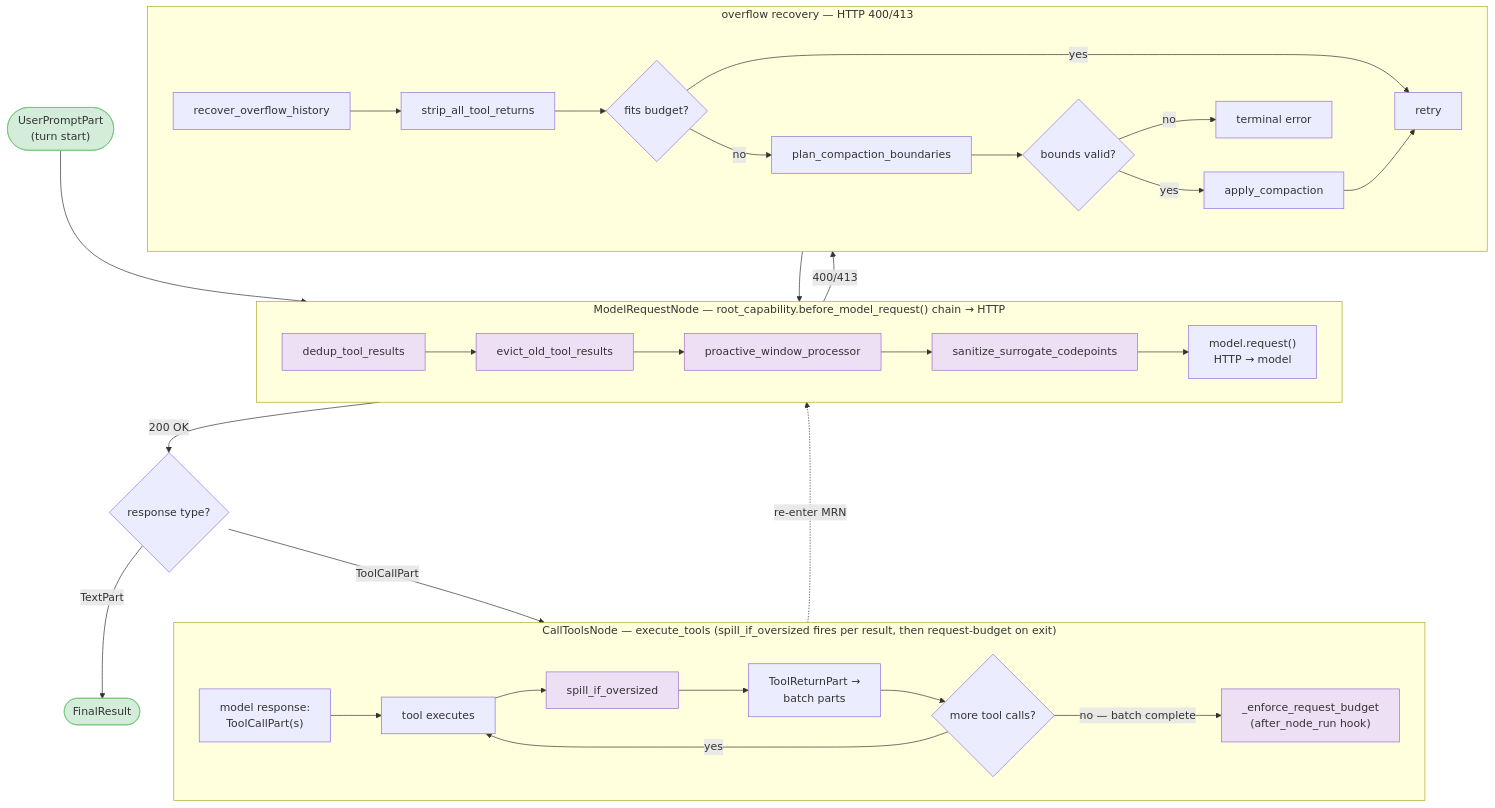
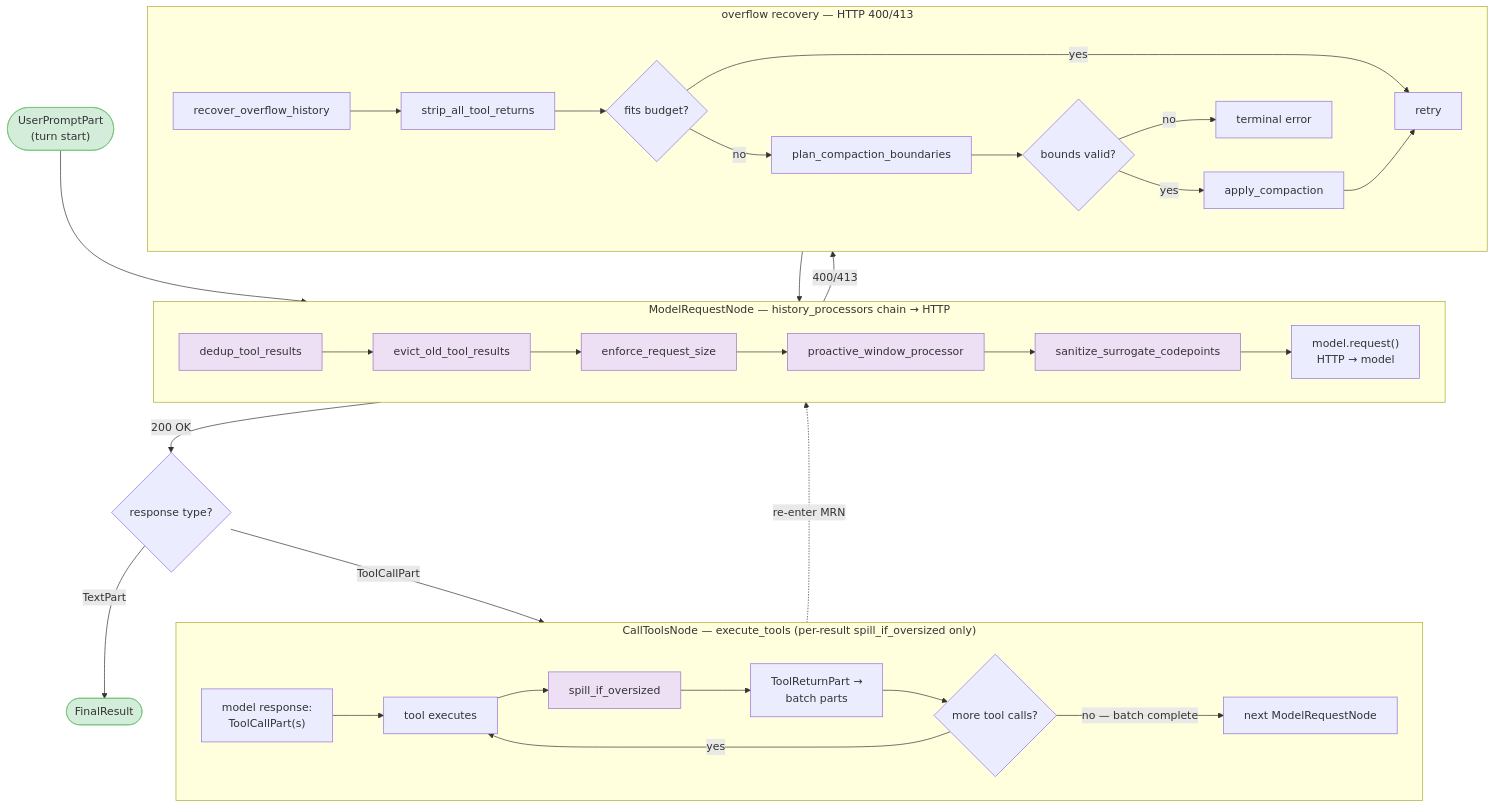
One commit to binlecode/co-cli changed the first of 2 diagrams in docs/specs/compaction.md. Above: the diagram before and after it, drawn with Mermaid. The commit also changed other lines of this file and 24 other files, not shown here.

````diff
--- a/docs/specs/compaction.md
+++ b/docs/specs/compaction.md
@@ -35,41 +35,41 @@
 ```mermaid
 flowchart TD
     UPN(["UserPromptPart\n(turn start)"])
     FINAL(["FinalResult"])
     RTYPE{"response type?"}
 
-    subgraph MRN["ModelRequestNode — root_capability.before_model_request() chain → HTTP"]
+    subgraph MRN["ModelRequestNode — history_processors chain → HTTP"]
         direction LR
-        C0["dedup_tool_results"] --> C1["evict_old_tool_results"] --> C2["proactive_window_processor"] --> C3["sanitize_surrogate_codepoints"] --> HTTP["model.request()\nHTTP → model"]
+        C0["dedup_tool_results"] --> C1["evict_old_tool_results"] --> CE["enforce_request_size"] --> C2["proactive_window_processor"] --> C3["sanitize_surrogate_codepoints"] --> HTTP["model.request()\nHTTP → model"]
     end
 
-    subgraph CTN["CallToolsNode — execute_tools (spill_if_oversized fires per result, then request-budget on exit)"]
+    subgraph CTN["CallToolsNode — execute_tools (per-result spill_if_oversized only)"]
         direction LR
         TCALL["model response:\nToolCallPart(s)"] --> EXEC["tool executes"] --> M1["spill_if_oversized"] --> HIST["ToolReturnPart →\nbatch parts"] --> MORE{"more tool calls?"}
         MORE -->|yes| EXEC
-        MORE -->|"no — batch complete"| ENFORCE["_enforce_request_budget\n(after_node_run hook)"]
+        MORE -->|"no — batch complete"| NEXT["next ModelRequestNode"]
     end
 
     subgraph OVF["overflow recovery — HTTP 400/413"]
         direction LR
         OV1["recover_overflow_history"] --> OV2["strip_all_tool_returns"]
         OV2 --> OV3{"fits budget?"}
         OV3 -->|yes| OV4["retry"]
         OV3 -->|no| OV5["plan_compaction_boundaries"] --> OV6{"bounds valid?"}
         OV6 -->|yes| OV7["apply_compaction"] --> OV4
         OV6 -->|no| OV8["terminal error"]
     end
 
     UPN --> C0
     HTTP -->|"200 OK"| RTYPE
     HTTP -->|"400/413"| OV1
     OV3 --> C0
     RTYPE -->|ToolCallPart| TCALL
     RTYPE -->|TextPart| FINAL
-    ENFORCE -.->|"re-enter MRN"| C0
+    NEXT -.->|"re-enter MRN"| C0
 
     classDef hook fill:#ede0f5,stroke:#9c6fc7
     classDef term fill:#d4edda,stroke:#74c476
-    class C0,C1,C2,C3,M1,ENFORCE hook
+    class C0,C1,CE,C2,C3,M1 hook
     class UPN,FINAL term
 ```
````
